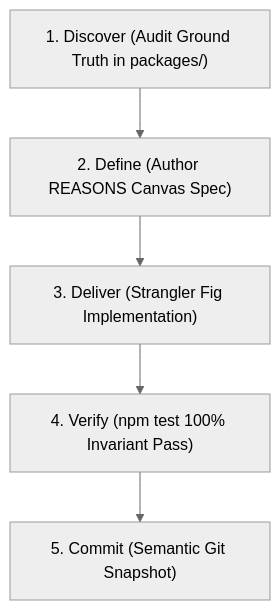
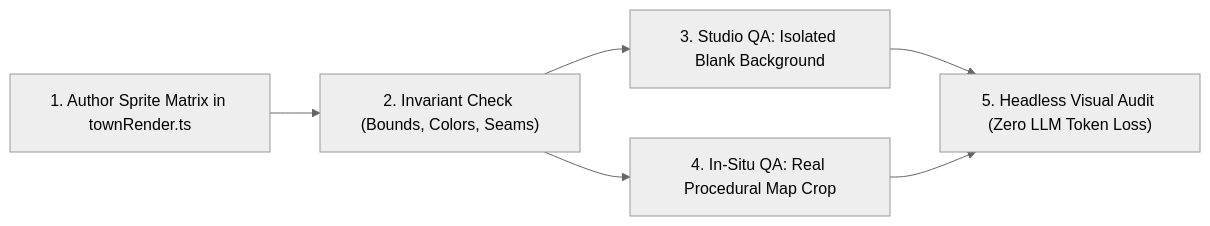
The second of 2 diagrams in docs/ROADMAP_SDD.md (brennansk1/Flock), drawn with Mermaid (neutral theme) before and after one commit. The commit also changed other lines of this file and 2 other files, not shown here.

Commit message:
docs: add autonomous authority mandate, 1980s Stranger Things town specs, dual-QA bulk sprite strategy, and stage cost checkpoints

````diff
--- a/docs/ROADMAP_SDD.md
+++ b/docs/ROADMAP_SDD.md
@@ -53,7 +88,8 @@
 ```mermaid
-flowchart TD
-    D1["1. Discover (Audit Ground Truth in packages/)"] --> D2["2. Define (Author REASONS Canvas Spec)"]
-    D2 --> D3["3. Deliver (Strangler Fig Implementation)"]
-    D3 --> D4["4. Verify (npm test 100% Invariant Pass)"]
-    D4 --> D5["5. Commit (Semantic Git Snapshot)"]
+flowchart LR
+    Code["1. Author Sprite Matrix in townRender.ts"] --> Test["2. Invariant Check (Bounds, Colors, Seams)"]
+    Test --> Studio["3. Studio QA: Isolated Blank Background"]
+    Test --> Map["4. In-Situ QA: Real Procedural Map Crop"]
+    Studio --> VisualDiff["5. Headless Visual Audit (Zero LLM Token Loss)"]
+    Map --> VisualDiff
 ```
````
